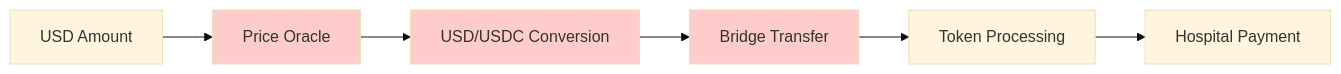
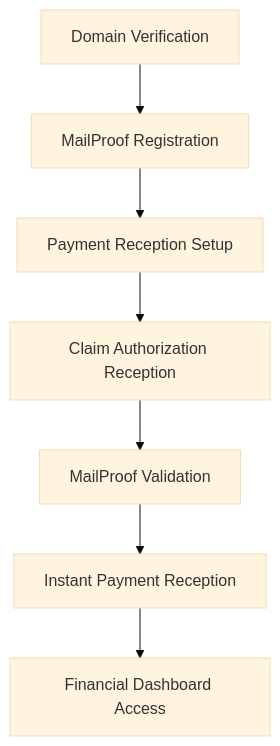
One commit to ppezzull/zkMed changed diagram 13 of 18 in memory-bank/systemPatterns.md. Above: the diagram before and after it, drawn with Mermaid (base theme). The commit also changed other lines of this file and 5 other files, not shown here.

````diff
--- a/memory-bank/systemPatterns.md
+++ b/memory-bank/systemPatterns.md
@@ -171,11 +540,9 @@
 ```mermaid
-graph LR
-    A[USD Amount] --> B[Price Oracle]
-    B --> C[USD/USDC Conversion]
-    C --> D[Bridge Transfer]
-    D --> E[Token Processing]
-    E --> F[Hospital Payment]
-    
-    classDef problem fill:#ffcccc
-    class B,C,D problem
+graph TB
+    A[Domain Verification] --> B[MailProof Registration]
+    B --> C[Payment Reception Setup]
+    C --> D[Claim Authorization Reception]
+    D --> E[MailProof Validation]
+    E --> F[Instant Payment Reception]
+    F --> G[Financial Dashboard Access]
 ```
````
